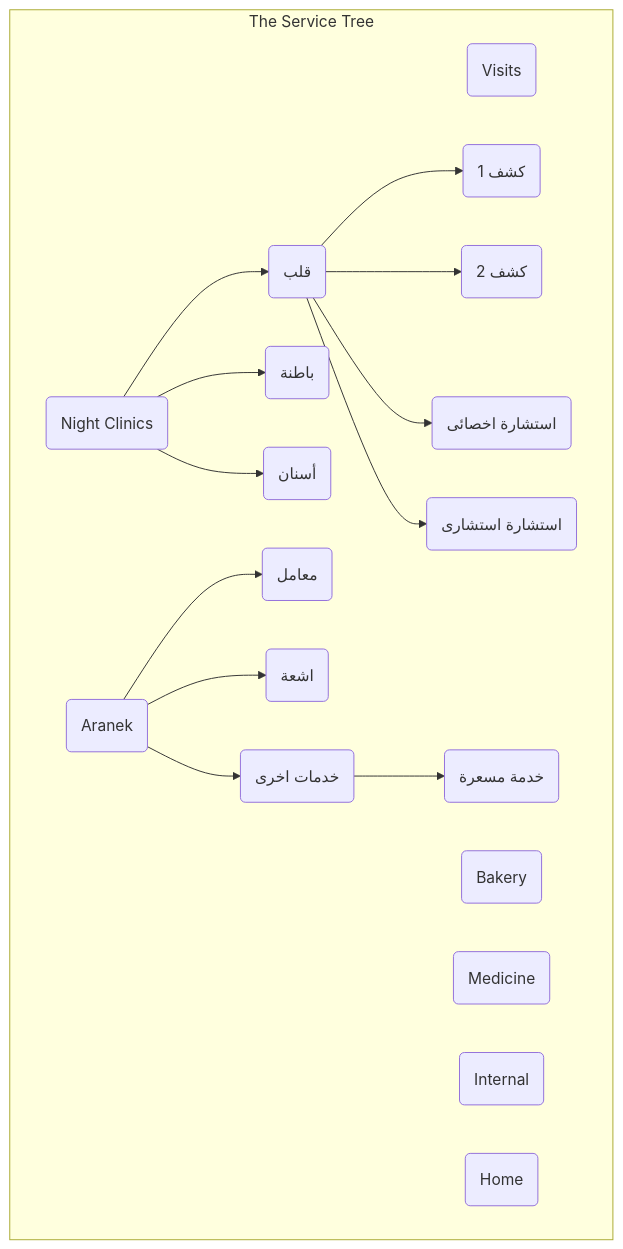
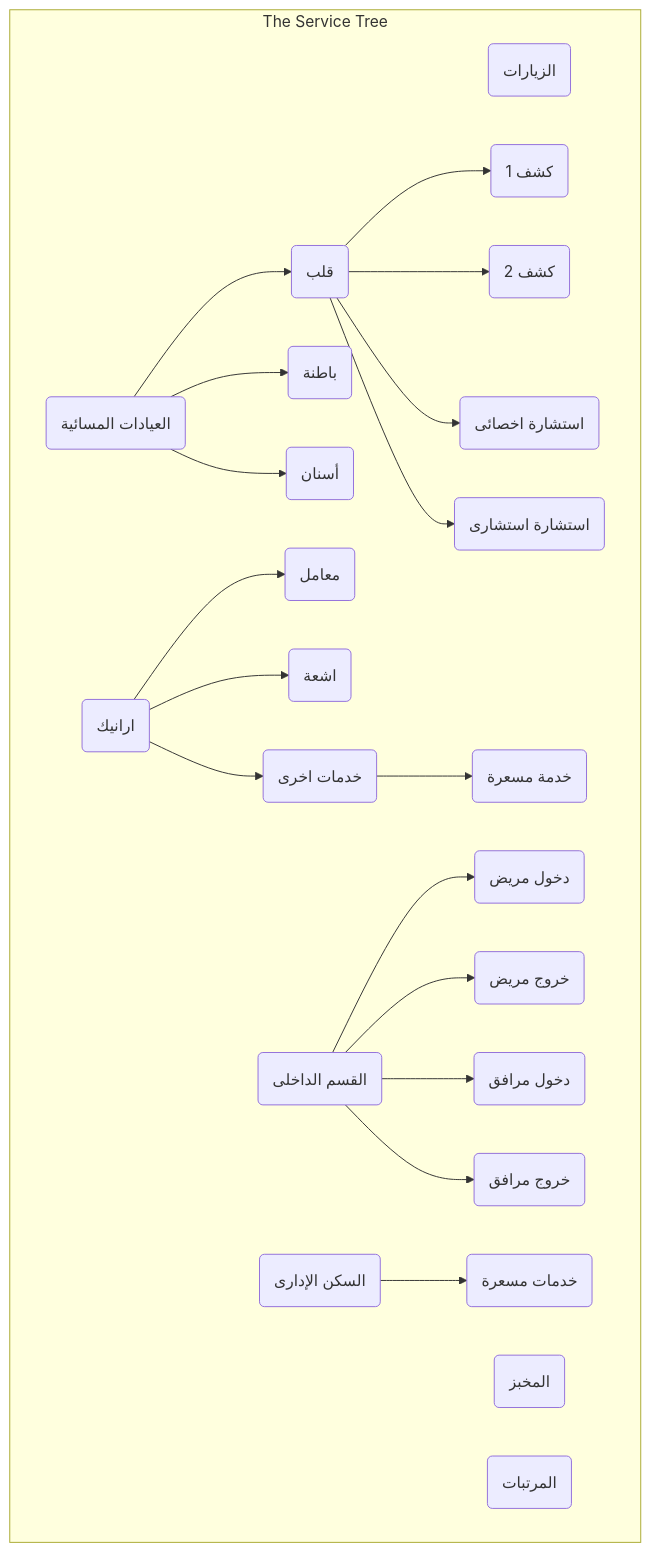
Before and after one commit to OmarHossamEldin/medical-complex-services: the fourth of 4 diagrams in README.md, drawn with Mermaid. The commit also changed other lines of this file, not shown here.

Commit message:
Initial Service Configurations

````diff
--- a/README.md
+++ b/README.md
@@ -544,26 +544,28 @@
 ```mermaid
 graph TB
   classDef red fill:#B85450;
   classDef green fill:#82B366;
   subgraph "The Service Tree"
-  Visits(Visits)
-  Bakery(Bakery)
-  NightClinics(Night Clinics) --> Spec1(قلب)
-  NightClinics(Night Clinics) --> Spec2(باطنة)
-  NightClinics(Night Clinics) --> Spec3(أسنان)
+  Visits(الزيارات)
+  Bakery(المخبز)
+  NightClinics(العيادات المسائية) --> Spec1(قلب)
+  NightClinics(العيادات المسائية) --> Spec2(باطنة)
+  NightClinics(العيادات المسائية) --> Spec3(أسنان)
   Spec1 --> Kashf1(كشف 1)
   Spec1 --> Kashf2(كشف 2)
   Spec1 --> Consult1(استشارة اخصائى)
   Spec1 --> Consult2(استشارة استشارى)
-  Medicine(Medicine)
-  Aranek(Aranek) --> SubService1(معامل)
-  Aranek(Aranek) --> SubService2(اشعة)
-  Aranek(Aranek) --> SubService3(خدمات اخرى)
-  SubService3 --> LeafService(خدمة مسعرة)
-  Internal(Internal)
-  Home(Home)
+  Medicine(المرتبات)
+  Aranek(ارانيك) --> SubService1(معامل)
+  Aranek(ارانيك) --> SubService2(اشعة)
+  Aranek(ارانيك) --> SubService3(خدمات اخرى)
+  SubService3 --> LeafService1(خدمة مسعرة)
+  Internal(القسم الداخلى) --> In(دخول مريض)
+  Internal(القسم الداخلى) --> Out(خروج مريض)
+  Internal(القسم الداخلى) --> AssociateIn(دخول مرافق)
+  Internal(القسم الداخلى) --> AssociateOut(خروج مرافق)
+  Home(السكن الإدارى) --> LeafService2(خدمات مسعرة)
 
-  
 end
 
 ```
````
